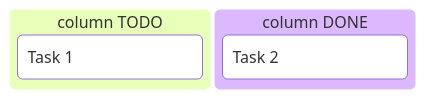
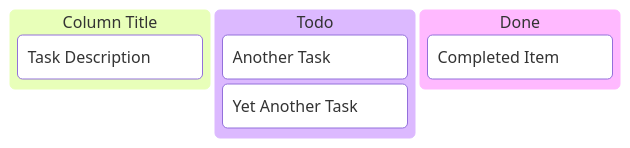
The eighth of 25 diagrams in .agents/skills/mermaid-11-14-0/references/06-other-diagrams.md (tangledgroup/tangled-skills), drawn with Mermaid before and after one commit. The commit also changed other lines of this file and 15 other files, not shown here.

First line of the commit message:
chore: regenerate mermaid skill and create rsync 3.4.1 skill with full documentation

````diff
--- a/.agents/skills/mermaid-11-14-0/references/06-other-diagrams.md
+++ b/.agents/skills/mermaid-11-14-0/references/06-other-diagrams.md
@@ -98,7 +140,10 @@
 ```mermaid
 kanban
-    column TODO
-        task1[Task 1]
-    column DONE
-        task2[Task 2]
+    column1[Column Title]
+        task1[Task Description]
+    column2[Todo]
+        task2[Another Task]
+        task3[Yet Another Task]
+    column3[Done]
+        task4[Completed Item]
 ```
````
